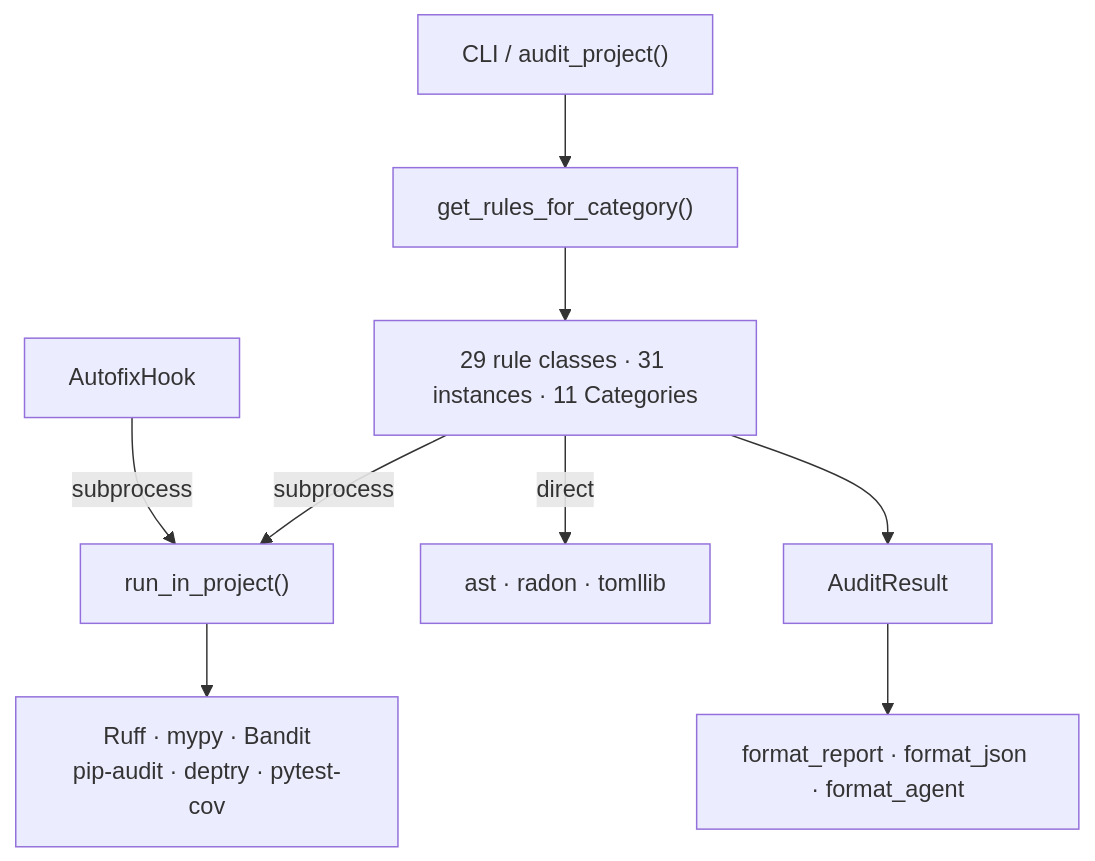
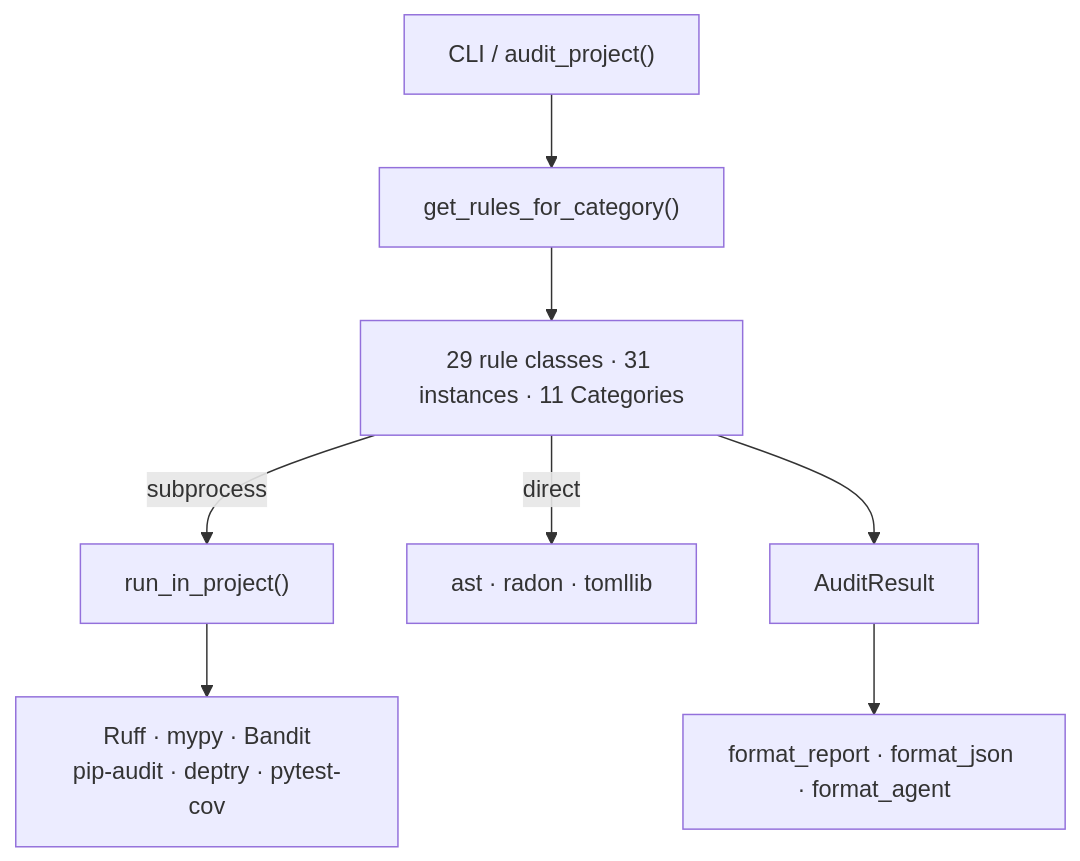
Before and after one commit to axm-protocols/axm-forge: the first of 2 diagrams in packages/axm-audit/docs/explanation/architecture.md, drawn with Mermaid. The commit also changed other lines of this file and 13 other files, not shown here.

````diff
--- a/packages/axm-audit/docs/explanation/architecture.md
+++ b/packages/axm-audit/docs/explanation/architecture.md
@@ -7,11 +7,10 @@
 ```mermaid
 graph TB
     API["CLI / audit_project()"] --> Auditor["get_rules_for_category()"]
     Auditor --> Rules["29 rule classes · 31 instances · 11 Categories"]
     Rules -->|subprocess| Runner["run_in_project()"]
     Rules -->|direct| AST["ast · radon · tomllib"]
     Runner --> Tools["Ruff · mypy · Bandit\npip-audit · deptry · pytest-cov"]
-    Hooks["AutofixHook"] -->|subprocess| Runner
     Rules --> Result["AuditResult"]
     Result --> Fmt["format_report · format_json · format_agent"]
 ```
````
